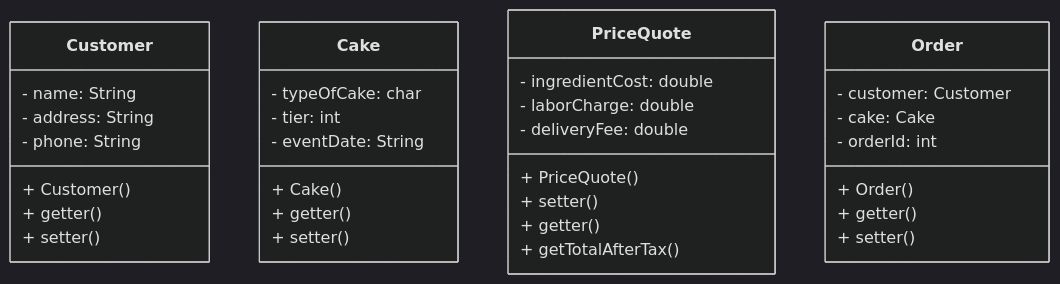
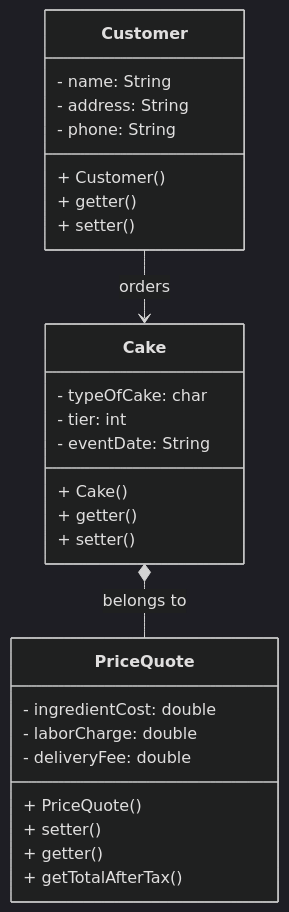
Before and after one commit to ngsang149dev/CIT-EIU: the diagram in CSE203/Lab1/Problem2/Bakery.mmd, drawn with Mermaid (dark theme). The commit also changed other lines of this file and 9 other files, not shown here.

```diff
--- a/CSE203/Lab1/Problem2/Bakery.mmd
+++ b/CSE203/Lab1/Problem2/Bakery.mmd
@@ -1,37 +1,31 @@
 classDiagram
     class Customer {
         - name: String
         - address: String
         - phone: String
         + Customer()
         + getter()
         + setter()
     }
 
     class Cake {
         - typeOfCake: char
         - tier: int 
         - eventDate: String
         + Cake()
         + getter()
         + setter()
     }
 
     class PriceQuote {
         - ingredientCost: double
         - laborCharge: double
         - deliveryFee: double
         + PriceQuote()
         + setter()
         + getter()
         + getTotalAfterTax()
     }
 
-    class Order {
-        - customer: Customer
-        - cake: Cake
-        - orderId: int
-        + Order()
-        + getter()
-        + setter()
-    }
+    Customer --> Cake: orders
+    Cake *-- PriceQuote: belongs to
```
